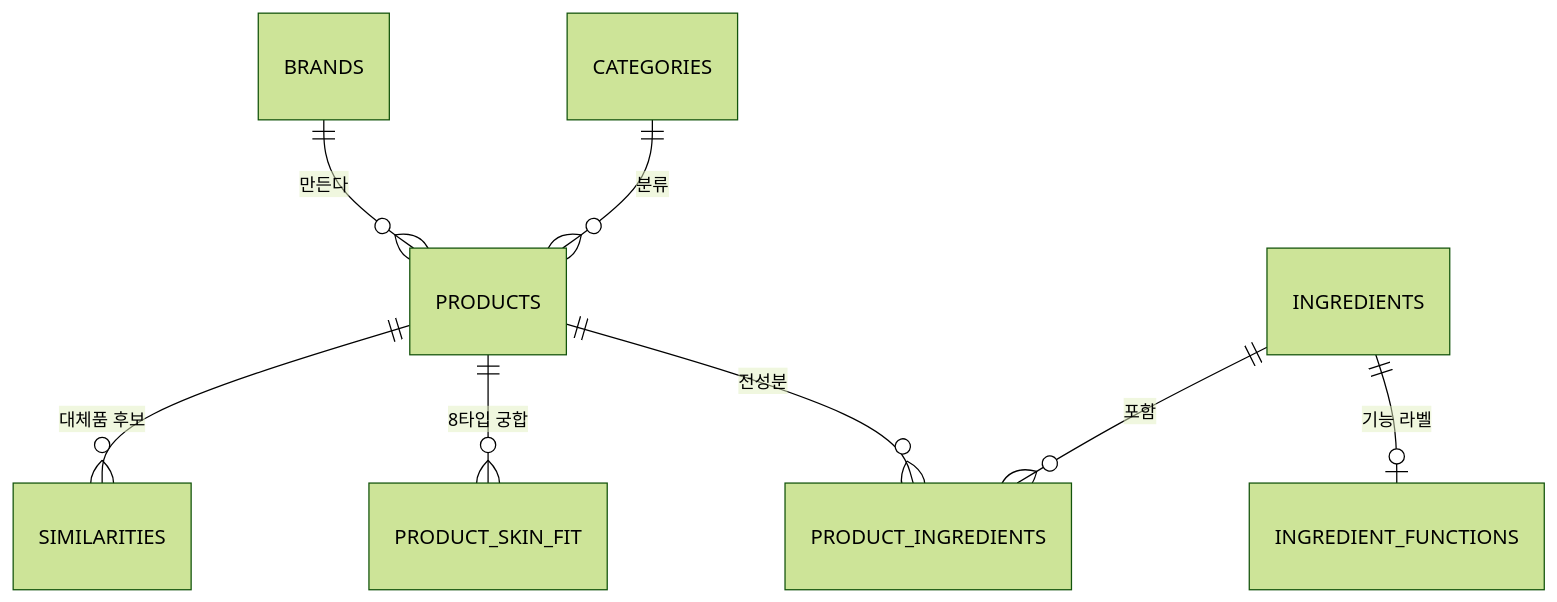
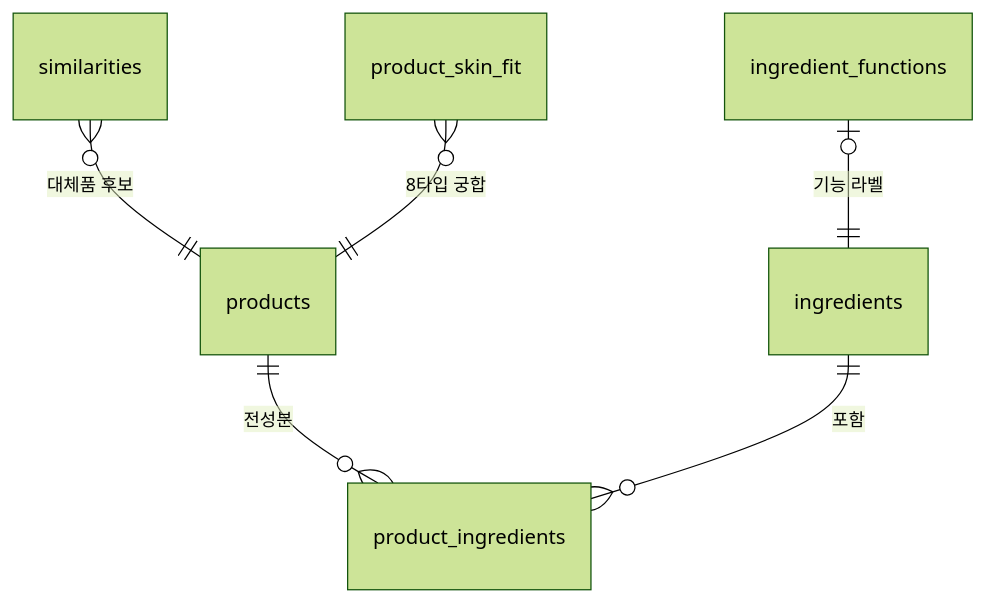
The eighth of 9 diagrams in docs/architecture/diagrams.md (EunSeong-Jo/capstone), drawn with Mermaid (forest theme) before and after one commit. The commit also changed other lines of this file, not shown here.

````diff
--- a/docs/architecture/diagrams.md
+++ b/docs/architecture/diagrams.md
@@ -281,10 +300,8 @@
 ```mermaid
 erDiagram
-    BRANDS ||--o{ PRODUCTS : "만든다"
-    CATEGORIES ||--o{ PRODUCTS : "분류"
-    PRODUCTS ||--o{ SIMILARITIES : "대체품 후보"
-    PRODUCTS ||--o{ PRODUCT_SKIN_FIT : "8타입 궁합"
-    PRODUCTS ||--o{ PRODUCT_INGREDIENTS : "전성분"
-    INGREDIENTS ||--o{ PRODUCT_INGREDIENTS : "포함"
-    INGREDIENTS ||--o| INGREDIENT_FUNCTIONS : "기능 라벨"
+    similarities }o--|| products : "대체품 후보"
+    product_skin_fit }o--|| products : "8타입 궁합"
+    ingredient_functions |o--|| ingredients : "기능 라벨"
+    products ||--o{ product_ingredients : "전성분"
+    ingredients ||--o{ product_ingredients : "포함"
 ```
````
